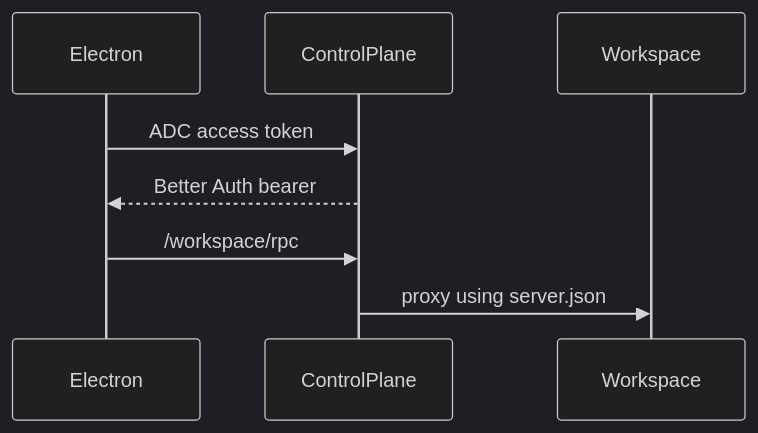
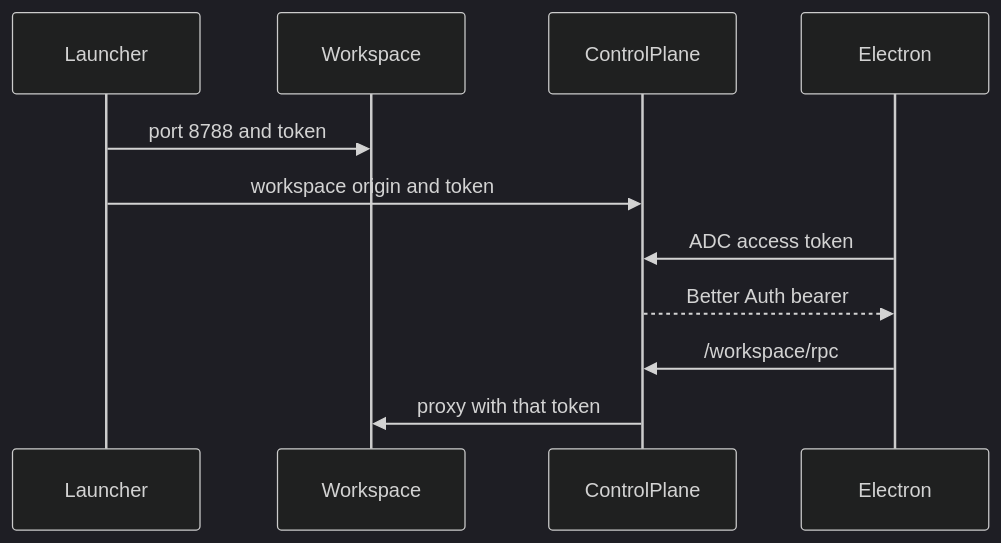
Before and after one commit to cashew-labs/halo: the fifth of 12 diagrams in specs/dev-electron-control-plane.md, drawn with Mermaid (dark theme). The commit also changed other lines of this file, not shown here.

First line of the commit message:
Plan removing server.json with a launcher-minted workspace connection.

````diff
--- a/specs/dev-electron-control-plane.md
+++ b/specs/dev-electron-control-plane.md
@@ -129,17 +142,21 @@
 ```mermaid
 sequenceDiagram
+  participant Launcher
+  participant Workspace
+  participant ControlPlane
   participant Electron
-  participant ControlPlane
-  participant Workspace
+  Launcher->>Workspace: port 8788 and token
+  Launcher->>ControlPlane: workspace origin and token
   Electron->>ControlPlane: ADC access token
   ControlPlane-->>Electron: Better Auth bearer
   Electron->>ControlPlane: /workspace/rpc
-  ControlPlane->>Workspace: proxy using server.json
+  ControlPlane->>Workspace: proxy with that token
+  %% ref node:Launcher [[package.json]]
+  %% ref node:Workspace [[packages/config/src/workspaceServer.ts#readDevelopmentConfig]]
+  %% ref node:ControlPlane [[packages/config/src/controlPlane.ts#readDevelopmentConfig]]
   %% ref node:Electron [[apps/electron/src/main/main.ts#createDesktopAuthentication]]
-  %% ref node:ControlPlane [[apps/control-plane/src/auth/AuthService.ts#AuthService.signInWithGoogleAccessToken]]
-  %% ref node:Workspace [[apps/control-plane/src/workspace/WorkspaceService.ts#WorkspaceService.getConnection]]
-  %% ref edge:0 [[apps/control-plane/src/server/controlPlaneHttp.ts#serveGoogleAccessTokenSession]]
-  %% ref edge:1 [[apps/control-plane/src/auth/AuthService.ts#AuthService.signInWithGoogleAccessToken]]
-  %% ref edge:2 [[apps/electron/src/main/auth/ControlPlaneAuth.ts#ControlPlaneAuth.getWorkspaceConnection]]
-  %% ref edge:3 [[apps/control-plane/src/workspace/proxy.ts#WorkspaceGateway.serve]]
+  %% ref edge:2 [[apps/control-plane/src/server/controlPlaneHttp.ts#serveGoogleAccessTokenSession]]
+  %% ref edge:3 [[apps/control-plane/src/auth/AuthService.ts#AuthService.signInWithGoogleAccessToken]]
+  %% ref edge:4 [[apps/electron/src/main/auth/ControlPlaneAuth.ts#ControlPlaneAuth.getWorkspaceConnection]]
+  %% ref edge:5 [[apps/control-plane/src/workspace/WorkspaceService.ts#WorkspaceService.getConnection]]
 ```
````
